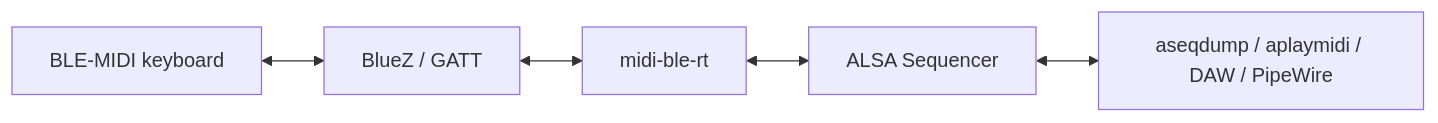
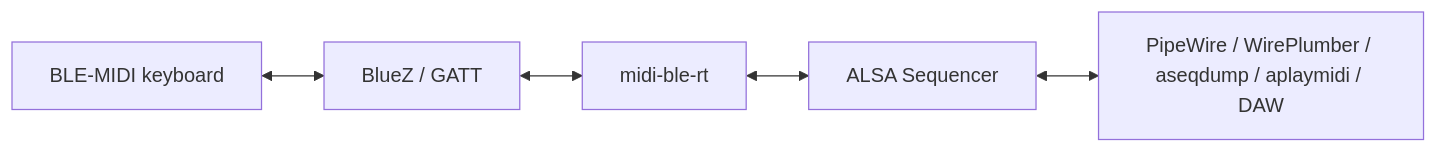
One commit to mwprado/midi-ble-rt changed the diagram in README.md. Above: the diagram before and after it, drawn with Mermaid. The commit also changed other lines of this file, not shown here.

Commit message:
Clarify PipeWire infrastructure positioning

````diff
--- a/README.md
+++ b/README.md
@@ -21,7 +28,7 @@
 ```mermaid
 flowchart LR
     K[BLE-MIDI keyboard] <--> B[BlueZ / GATT]
     B <--> D[midi-ble-rt]
     D <--> A[ALSA Sequencer]
-    A <--> P[aseqdump / aplaymidi / DAW / PipeWire]
+    A <--> P[PipeWire / WirePlumber / aseqdump / aplaymidi / DAW]
 ```
````
